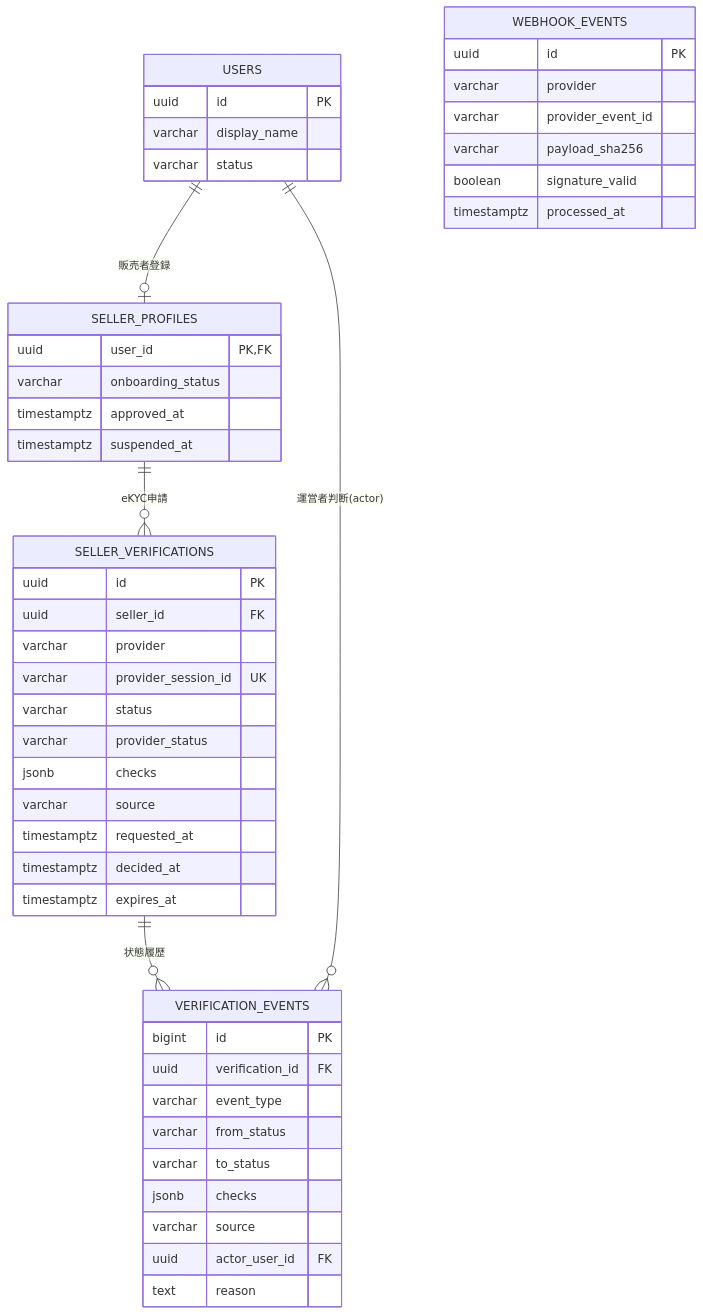
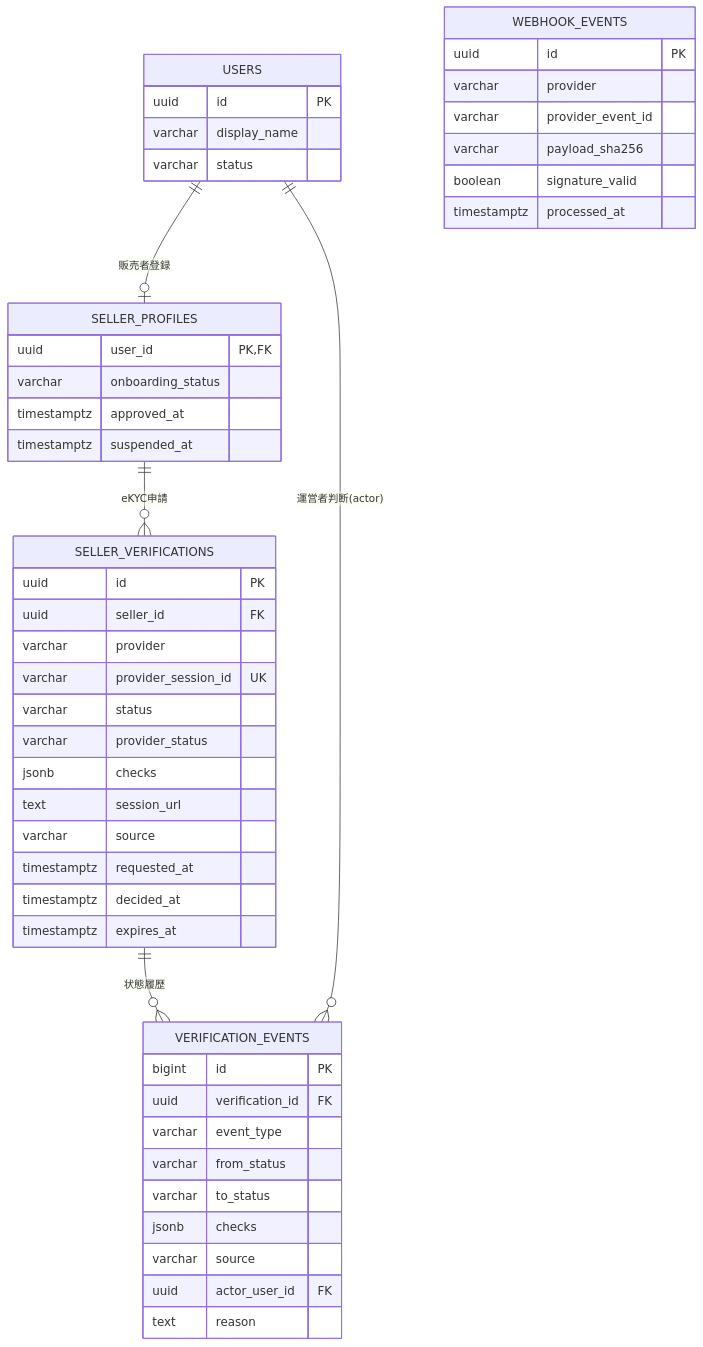
The diagram in specs/013-seller-registration/data-model.md (study-basic-hackathon/trust-ca), drawn with Mermaid before and after one commit. The commit also changed other lines of this file and 36 other files, not shown here.

````diff
--- a/specs/013-seller-registration/data-model.md
+++ b/specs/013-seller-registration/data-model.md
@@ -7,55 +7,56 @@
 ```mermaid
 erDiagram
     USERS ||--o| SELLER_PROFILES : "販売者登録"
     SELLER_PROFILES ||--o{ SELLER_VERIFICATIONS : "eKYC申請"
     SELLER_VERIFICATIONS ||--o{ VERIFICATION_EVENTS : "状態履歴"
     USERS ||--o{ VERIFICATION_EVENTS : "運営者判断(actor)"
 
     USERS {
         uuid id PK
         varchar display_name
         varchar status
     }
 
     SELLER_PROFILES {
         uuid user_id PK, FK
         varchar onboarding_status
         timestamptz approved_at
         timestamptz suspended_at
     }
 
     SELLER_VERIFICATIONS {
         uuid id PK
         uuid seller_id FK
         varchar provider
         varchar provider_session_id UK
         varchar status
         varchar provider_status
         jsonb checks
+        text session_url
         varchar source
         timestamptz requested_at
         timestamptz decided_at
         timestamptz expires_at
     }
 
     VERIFICATION_EVENTS {
         bigint id PK
         uuid verification_id FK
         varchar event_type
         varchar from_status
         varchar to_status
         jsonb checks
         varchar source
         uuid actor_user_id FK
         text reason
     }
 
     WEBHOOK_EVENTS {
         uuid id PK
         varchar provider
         varchar provider_event_id
         varchar payload_sha256
         boolean signature_valid
         timestamptz processed_at
     }
 ```
````
